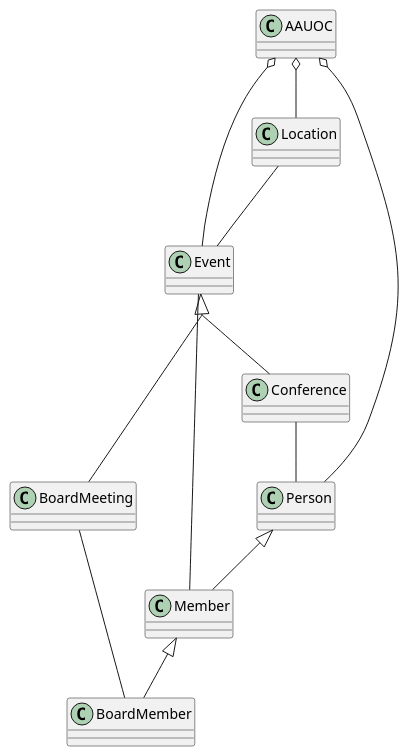
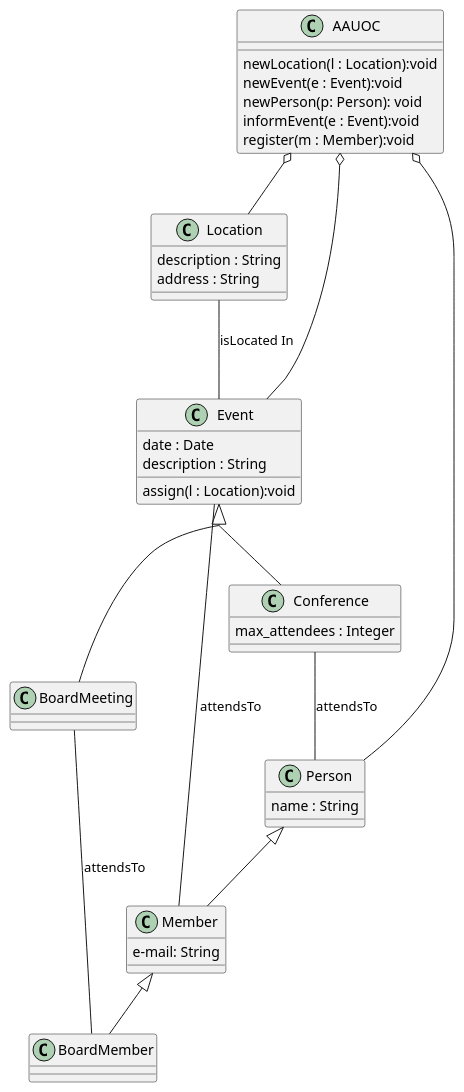
One commit to tatianagarijo/UMlClasesTatianaGarijo changed the diagram in src/Prueba.puml. Above: the diagram before and after it, drawn with PlantUML. The commit also changed 2 other files, not shown here.

```diff
--- a/src/Prueba.puml
+++ b/src/Prueba.puml
@@ -1,40 +1,57 @@
 @startuml
     class Event{
+        date : Date
+        description : String
+        assign(l : Location):void
     }
 
     class Conference{
+        max_attendees : Integer
     }
 
     class BoardMeeting{
     }
 
     class Person{
+        name : String
     }
 
     class Member{
+        e-mail: String
     }
 
     class BoardMember{
     }
 
     class Location{
+        description : String
+        address : String
     }
 
     class AAUOC{
+        newLocation(l : Location):void
+        newEvent(e : Event):void
+        newPerson(p: Person): void
+        informEvent(e : Event):void
+        register(m : Member):void
     }
+
 
     AAUOC o-- Location
     AAUOC o-- Event
     AAUOC o-- Person
-    Location -- Event
-    Event-- Member
+
+    Location -- Event : isLocated In
+
+    Event-- Member: attendsTo
+
     skinparam groupInheritance 2
         Event <|-- Conference
         Event <|-- BoardMeeting
 
     Member <|-- BoardMember
     Person <|-- Member
-    BoardMeeting -- BoardMember
-    Conference --Person
+    BoardMeeting -- BoardMember : attendsTo
+    Conference --Person : attendsTo
 
 @enduml
```
